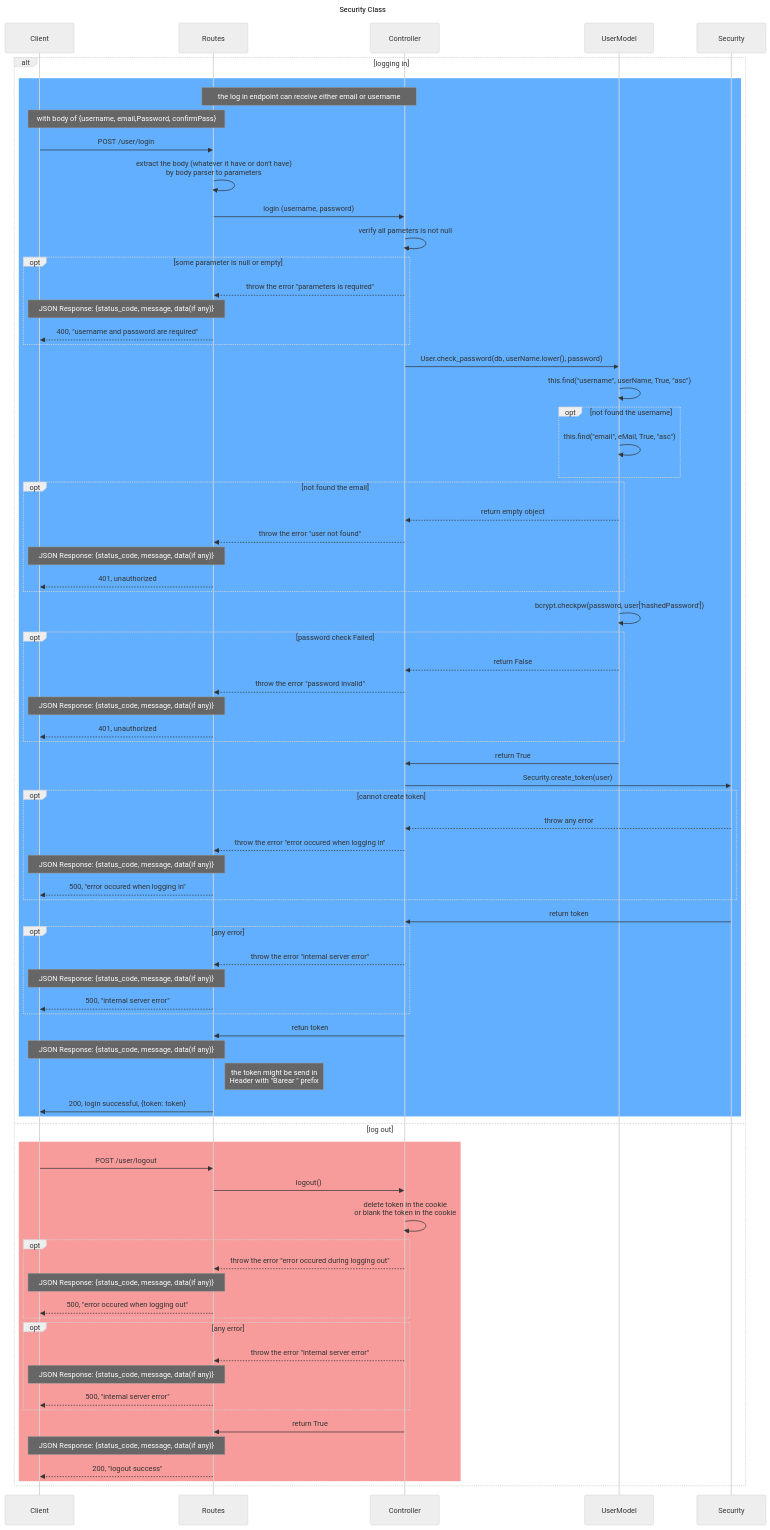
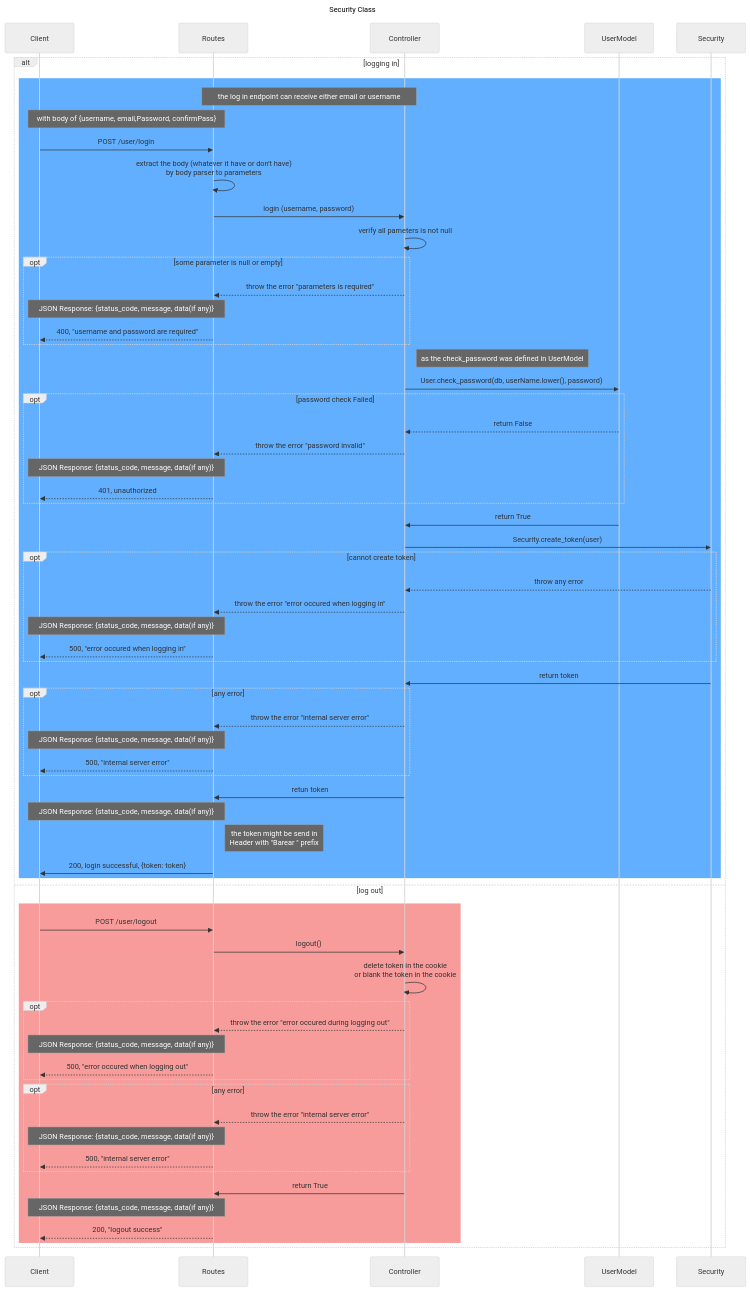
The diagram in design/Classes/Security.mmd (SawatKia/WealthTracking), drawn with Mermaid (neutral theme) before and after one commit. The commit also changed 3 other files, not shown here.

Commit message:
verify all classes; add diagram status in readme

```diff
--- a/design/Classes/Security.mmd
+++ b/design/Classes/Security.mmd
@@ -1,82 +1,72 @@
 sequenceDiagram
     title Security Class
     participant Client
     participant Routes
     participant Controller
     participant UserModel
     participant Security
     
 
     alt logging in
         rect rgb(97,175,254)
             Note over Routes, Controller: the log in endpoint can receive either email or username
             Note over Routes, Client: with body of {username, email,Password, confirmPass}
             Client->>Routes: POST /user/login
             Routes->>Routes: extract the body (whatever it have or don't have)<br> by body parser to parameters
             Routes->>Controller: login (username, password)
             Controller->>Controller: verify all pameters is not null 
             opt some parameter is null or empty
                 Controller-->>Routes: throw the error "parameters is required"
                 Note over Routes,Client: JSON Response: {status_code, message, data(if any)}
                 Routes-->>Client: 400, "username and password are required"
             end
+            Note right of  Controller: as the check_password was defined in UserModel
             Controller->>UserModel: User.check_password(db, userName.lower(), password)
-            UserModel->>UserModel: this.find("username", userName, True, "asc")
-            opt not found the username
-                UserModel->>UserModel: this.find("email", eMail, True, "asc")
-            end
-            opt not found the email
-                UserModel-->>Controller: return empty object
-                Controller-->>Routes: throw the error "user not found"
-                Note over Routes,Client: JSON Response: {status_code, message, data(if any)}
-                Routes-->>Client: 401, unauthorized
-            end
-            UserModel->>UserModel:bcrypt.checkpw(password, user['hashedPassword'])
             opt password check Failed
                 UserModel-->>Controller: return False
                 Controller-->>Routes: throw the error "password invalid"
                 Note over Routes,Client: JSON Response: {status_code, message, data(if any)}
                 Routes-->>Client: 401, unauthorized
             end
             UserModel->>Controller: return True
             Controller->>Security: Security.create_token(user)
             opt cannot create token
                 Security-->>Controller: throw any error
                 Controller-->>Routes: throw the error "error occured when logging in"
                 Note over Routes,Client: JSON Response: {status_code, message, data(if any)}
                 Routes-->>Client: 500, "error occured when logging in"
             end
             Security->>Controller: return token
             opt any error
                 Controller-->>Routes: throw the error "internal server error"
                 Note over Routes,Client: JSON Response: {status_code, message, data(if any)}
                 Routes-->>Client: 500, "internal server error"
             end
             Controller->>Routes:retun token
             Note over Routes,Client: JSON Response: {status_code, message, data(if any)}
             Note right of Routes: the token might be send in<br> Header with "Barear " prefix
             Routes->>Client: 200, login successful, {token: token}
         end
     
     else log out
         rect rgb(247,155,155)
             Client->>Routes: POST /user/logout
             Routes->>Controller: logout()
             %% delete token in the cookie is when for not enable cors but this Application enable cors, examine this condition
             Controller->>Controller: delete token in the cookie <br>or blank the token in the cookie
             opt
                 Controller-->>Routes: throw the error "error occured during logging out"
                 Note over Routes,Client: JSON Response: {status_code, message, data(if any)}
                 Routes-->>Client: 500, "error occured when logging out"
             end
             opt any error
                 Controller-->>Routes: throw the error "internal server error"
                 Note over Routes,Client: JSON Response: {status_code, message, data(if any)}
                 Routes-->>Client: 500, "internal server error"
             end
             Controller->>Routes: return True
             Note over Routes,Client: JSON Response: {status_code, message, data(if any)}
             Routes-->>Client: 200, "logout success"
         end
 
     end 
```
